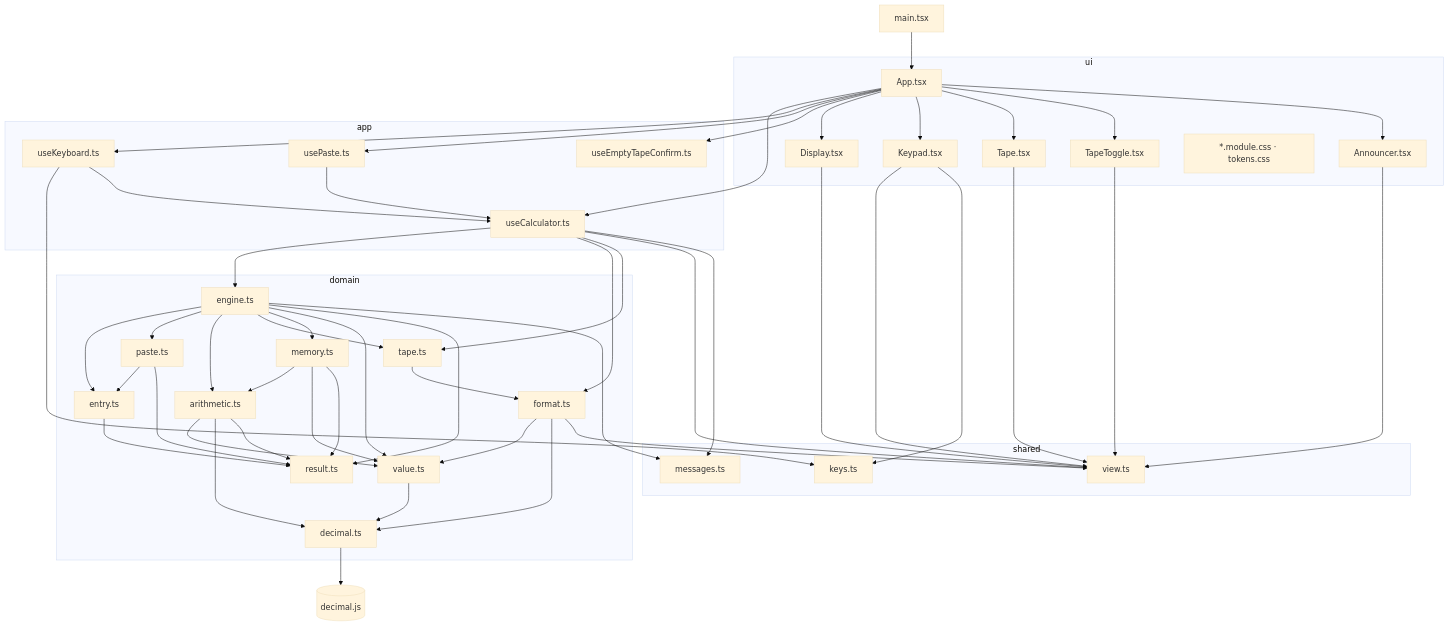
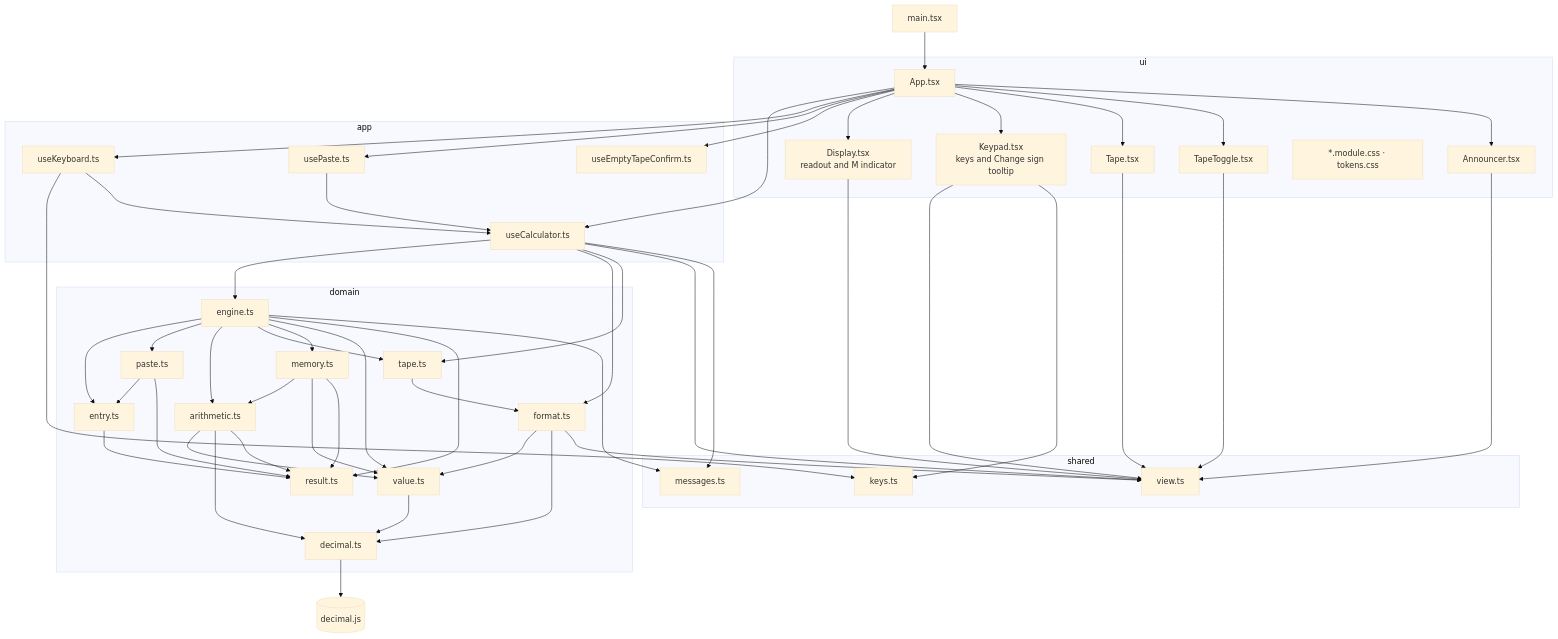
Before and after one commit to hassan-product/hassa-chaudry-calculator: the second of 3 diagrams in docs/architecture.md, drawn with Mermaid (base theme). The commit also changed other lines of this file, not shown here.

Commit message:
Place the M indicator and tooltip in the layer diagram
Neither had a home in the module list, so whoever builds the UI
would have to guess, and could add a component the fitness tests
do not expect. The indicator belongs to Display, the tooltip to
Keypad.

````diff
--- a/docs/architecture.md
+++ b/docs/architecture.md
@@ -84,67 +84,67 @@
 ```mermaid
 flowchart TB
     main["main.tsx"]
 
     subgraph ui["ui"]
         App["App.tsx"]
-        Display["Display.tsx"]
-        Keypad["Keypad.tsx"]
+        Display["Display.tsx<br/>readout and M indicator"]
+        Keypad["Keypad.tsx<br/>keys and Change sign tooltip"]
         Tape["Tape.tsx"]
         TapeToggle["TapeToggle.tsx"]
         Announcer["Announcer.tsx"]
         css["*.module.css · tokens.css"]
     end
 
     subgraph app["app"]
         useCalculator["useCalculator.ts"]
         useKeyboard["useKeyboard.ts"]
         usePaste["usePaste.ts"]
         useEmptyTape["useEmptyTapeConfirm.ts"]
     end
 
     subgraph domain["domain"]
         engine["engine.ts"]
         entry["entry.ts"]
         paste["paste.ts"]
         arithmetic["arithmetic.ts"]
         format["format.ts"]
         tape["tape.ts"]
         memory["memory.ts"]
         value["value.ts"]
         result["result.ts"]
         decimal["decimal.ts"]
     end
 
     subgraph shared["shared"]
         messages["messages.ts"]
         view["view.ts"]
         keys["keys.ts"]
     end
 
     decimaljs[("decimal.js")]
 
     main --> App
     App --> useCalculator & useKeyboard & usePaste & useEmptyTape
     App --> Display & Keypad & Tape & TapeToggle & Announcer
     Display & Keypad & Tape & TapeToggle & Announcer --> view
     Keypad --> keys
 
     useCalculator --> engine & format & tape
     useKeyboard --> keys
     usePaste --> useCalculator
     useKeyboard --> useCalculator
     useCalculator --> view & messages
 
     engine --> entry & paste & arithmetic & tape & memory & value & result
     memory --> arithmetic & value & result
     paste --> entry
     arithmetic --> value & decimal & result
     format --> value & decimal
     tape --> format
     value --> decimal
     entry --> result
     paste --> result
     decimal --> decimaljs
     engine --> messages
     format --> view
 ```
````
